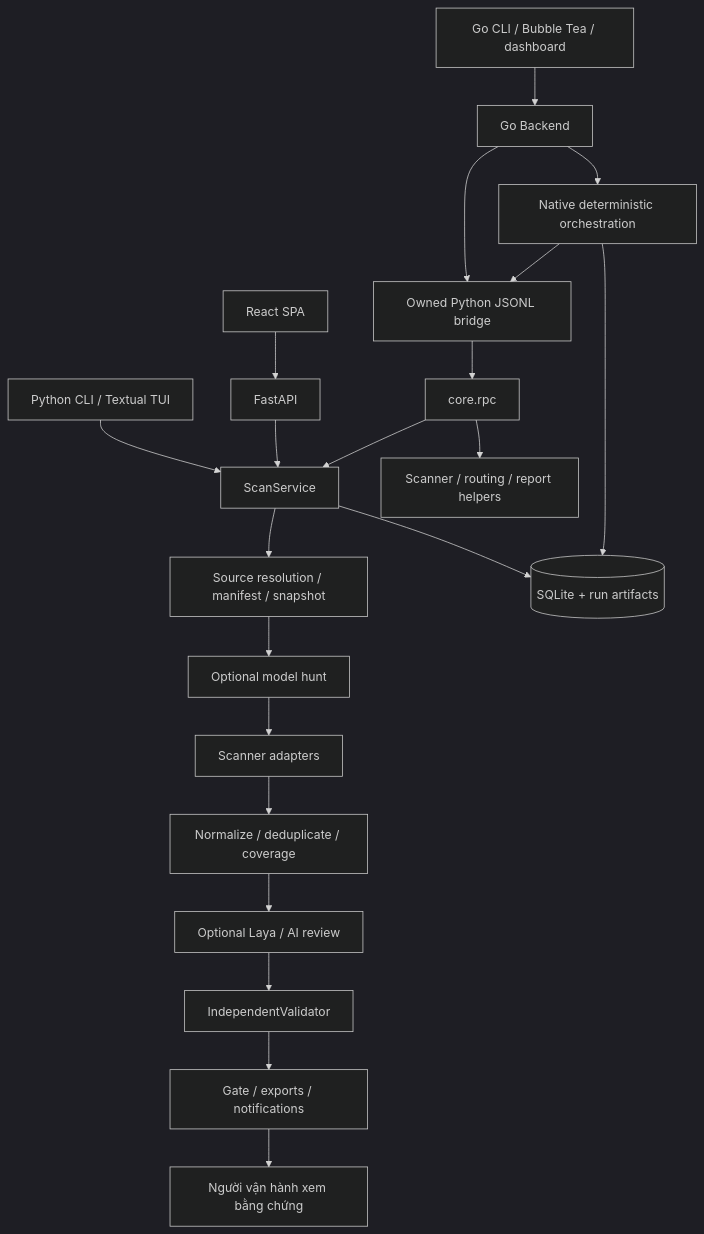
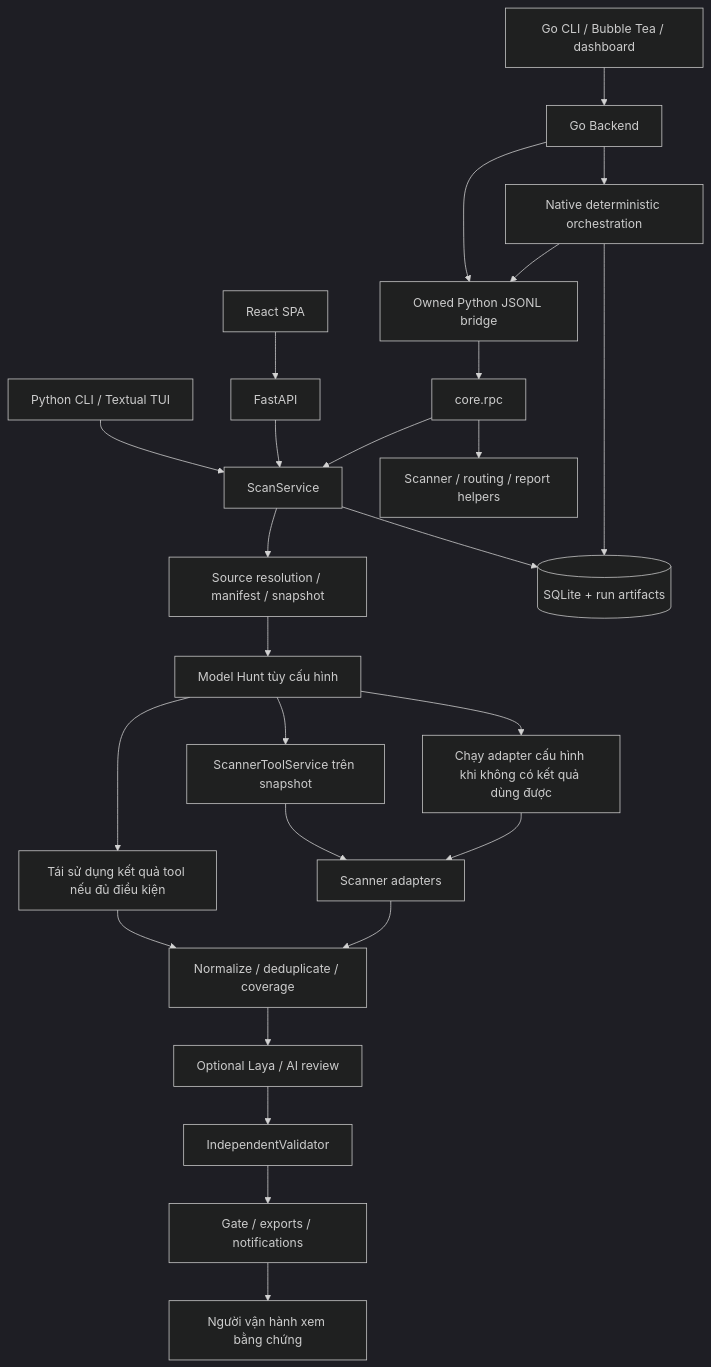
One commit to ppk205/DevSecOps-Agent changed the diagram in docs/CODEBASE-MAP.md. Above: the diagram before and after it, drawn with Mermaid (dark theme). The commit also changed other lines of this file, not shown here.

First line of the commit message:
Refresh the Vietnamese code map and roadmap

````diff
--- a/docs/CODEBASE-MAP.md
+++ b/docs/CODEBASE-MAP.md
@@ -26,23 +46,28 @@
 ```mermaid
 flowchart TD
     P[Python CLI / Textual TUI] --> S[ScanService]
     W[React SPA] --> F[FastAPI]
     F --> S
     G[Go CLI / Bubble Tea / dashboard] --> N[Go Backend]
     N --> D[Native deterministic orchestration]
     N --> B[Owned Python JSONL bridge]
     D --> B
     B --> R[core.rpc]
     R --> S
     R --> H[Scanner / routing / report helpers]
     S --> I[Source resolution / manifest / snapshot]
-    I --> M[Optional model hunt]
-    M --> A[Scanner adapters]
+    I --> M[Model Hunt tùy cấu hình]
+    M --> T[ScannerToolService trên snapshot]
+    T --> A[Scanner adapters]
+    M --> R1[Tái sử dụng kết quả tool nếu đủ điều kiện]
+    R1 --> Q
+    M --> F1[Chạy adapter cấu hình khi không có kết quả dùng được]
+    F1 --> A
     A --> Q[Normalize / deduplicate / coverage]
     Q --> L[Optional Laya / AI review]
     L --> V[IndependentValidator]
     V --> E[Gate / exports / notifications]
     E --> U[Người vận hành xem bằng chứng]
     S --> DB[(SQLite + run artifacts)]
     D --> DB
 ```
````
